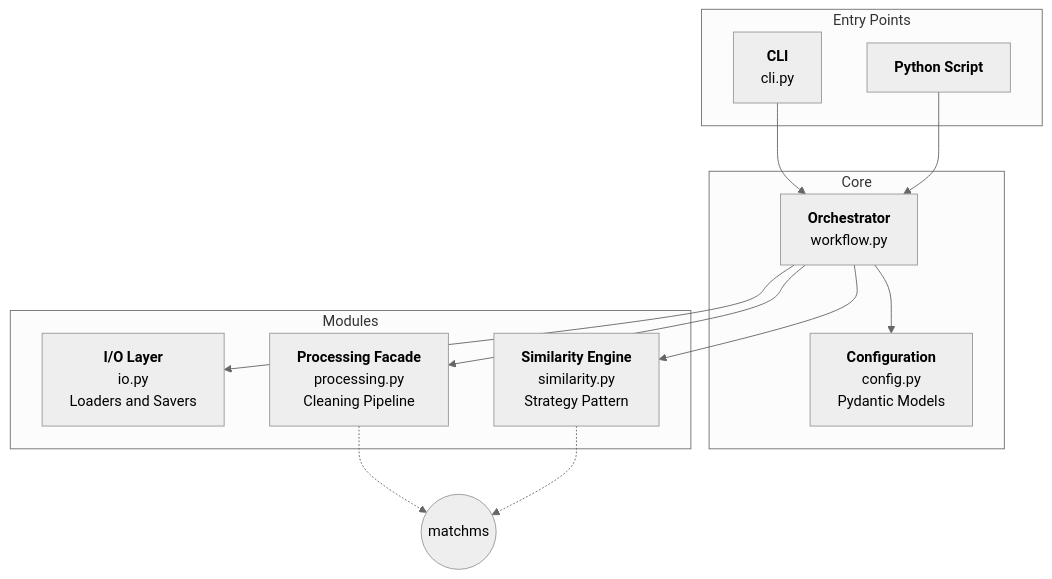
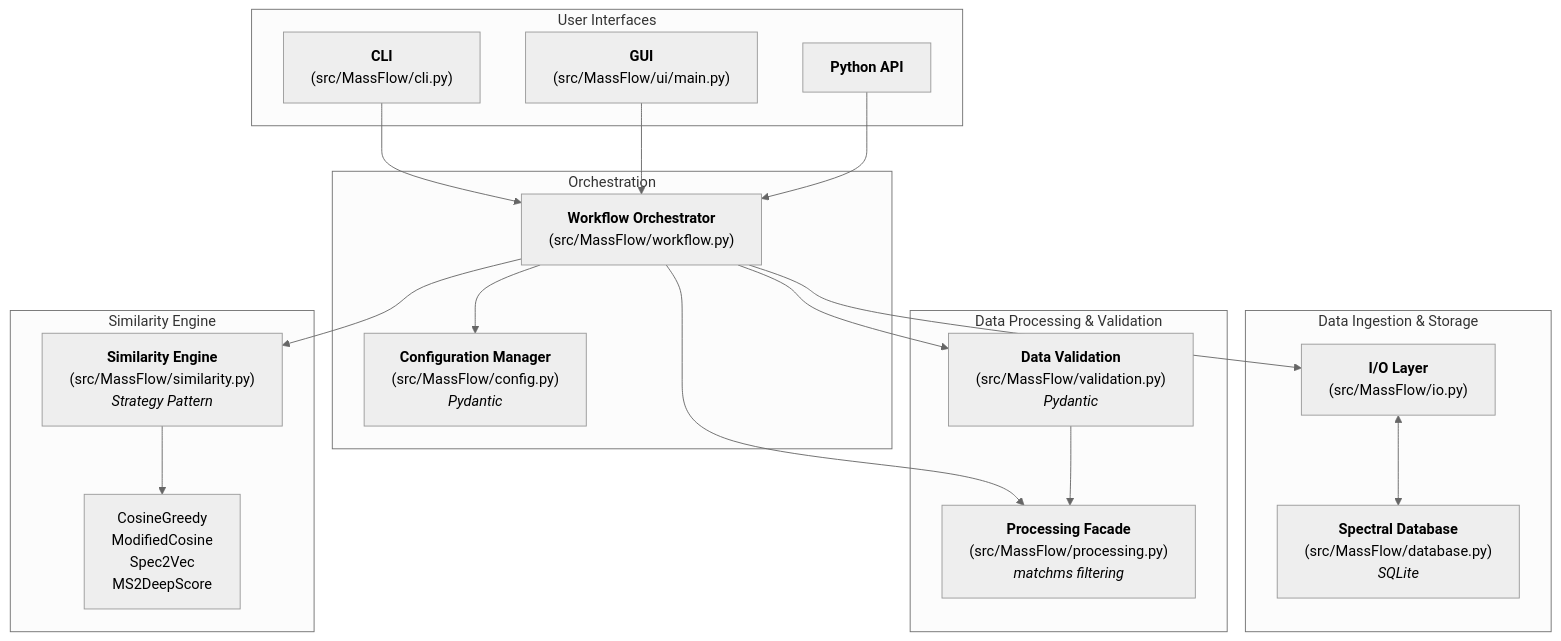
The first of 2 diagrams in ARCHITECTURE.md (janusson/MassFlow), drawn with Mermaid (neutral theme) before and after one commit. The commit also changed other lines of this file and 89 other files, not shown here.

````diff
--- a/ARCHITECTURE.md
+++ b/ARCHITECTURE.md
@@ -9,31 +15,43 @@
 ```mermaid
 graph TD
-    subgraph Entry Points
-        CLI["<b>CLI</b><br>cli.py"]
-        Script["<b>Python Script</b>"]
+    subgraph User Interfaces
+        CLI["<b>CLI</b><br>(src/MassFlow/cli.py)"]
+        GUI["<b>GUI</b><br>(src/MassFlow/ui/main.py)"]
+        API["<b>Python API</b>"]
     end
 
-    subgraph Core
-        Config["<b>Configuration</b><br>config.py<br>Pydantic Models"]
-        Workflow["<b>Orchestrator</b><br>workflow.py"]
+    subgraph Orchestration
+        Workflow["<b>Workflow Orchestrator</b><br>(src/MassFlow/workflow.py)"]
+        Config["<b>Configuration Manager</b><br>(src/MassFlow/config.py)<br><i>Pydantic</i>"]
     end
 
-    subgraph Modules
-        IO["<b>I/O Layer</b><br>io.py<br>Loaders and Savers"]
-        Process["<b>Processing Facade</b><br>processing.py<br>Cleaning Pipeline"]
-        Sim["<b>Similarity Engine</b><br>similarity.py<br>Strategy Pattern"]
+    subgraph Data Ingestion & Storage
+        IO["<b>I/O Layer</b><br>(src/MassFlow/io.py)"]
+        DB["<b>Spectral Database</b><br>(src/MassFlow/database.py)<br><i>SQLite</i>"]
+    end
+
+    subgraph Data Processing & Validation
+        Validation["<b>Data Validation</b><br>(src/MassFlow/validation.py)<br><i>Pydantic</i>"]
+        Process["<b>Processing Facade</b><br>(src/MassFlow/processing.py)<br><i>matchms filtering</i>"]
+    end
+
+    subgraph Similarity Engine
+        Sim["<b>Similarity Engine</b><br>(src/MassFlow/similarity.py)<br><i>Strategy Pattern</i>"]
+        Algorithms["CosineGreedy<br>ModifiedCosine<br>Spec2Vec<br>MS2DeepScore"]
     end
 
     %% Flow Connections
     CLI --> Workflow
-    Script --> Workflow
+    GUI --> Workflow
+    API --> Workflow
     
     Workflow --> Config
     Workflow --> IO
+    Workflow --> Validation
     Workflow --> Process
     Workflow --> Sim
-
-    %% Data Dependencies
-    Process -.-> External((matchms))
-    Sim -.-> External
+    
+    IO <--> DB
+    Validation --> Process
+    Sim --> Algorithms
 ```
````
